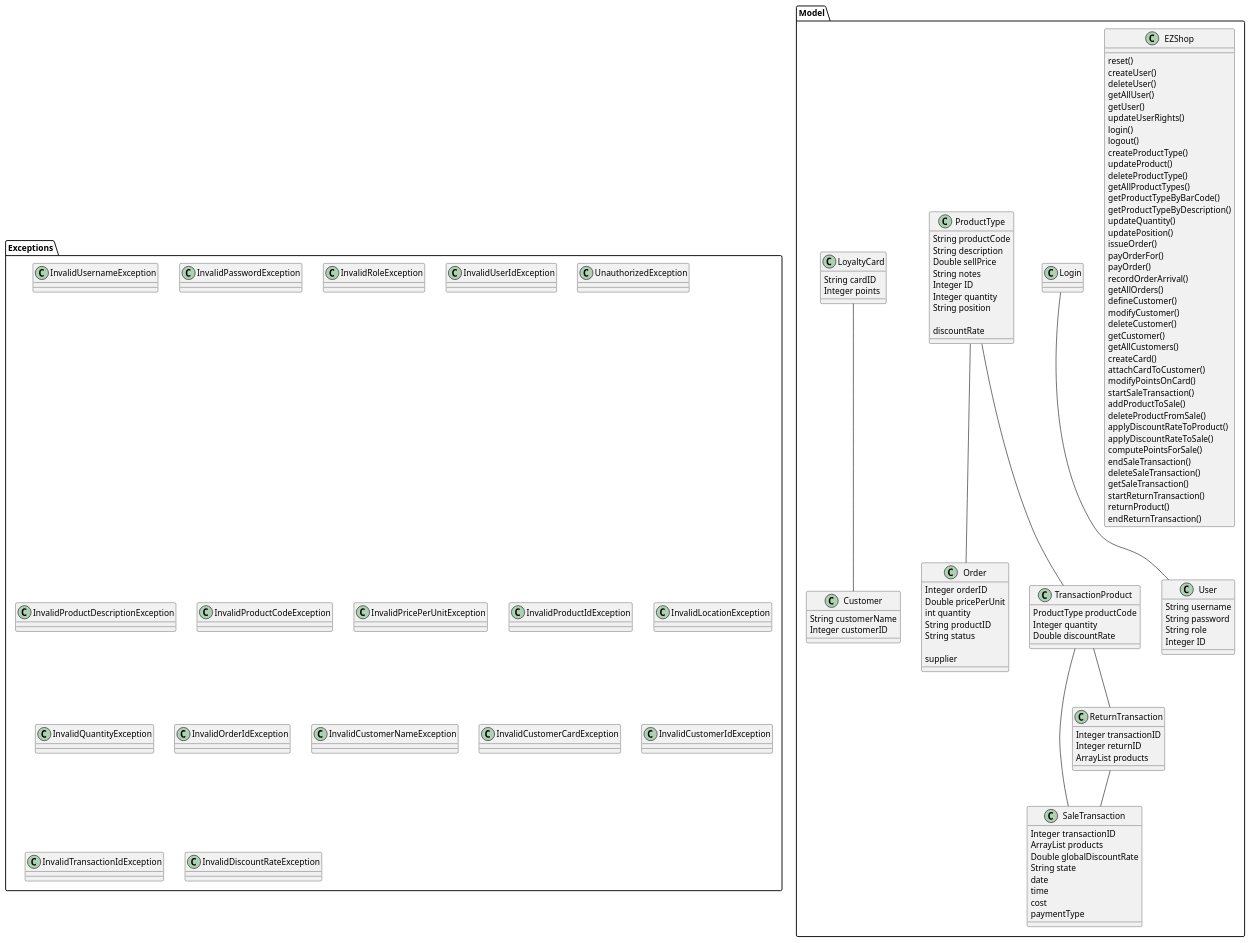
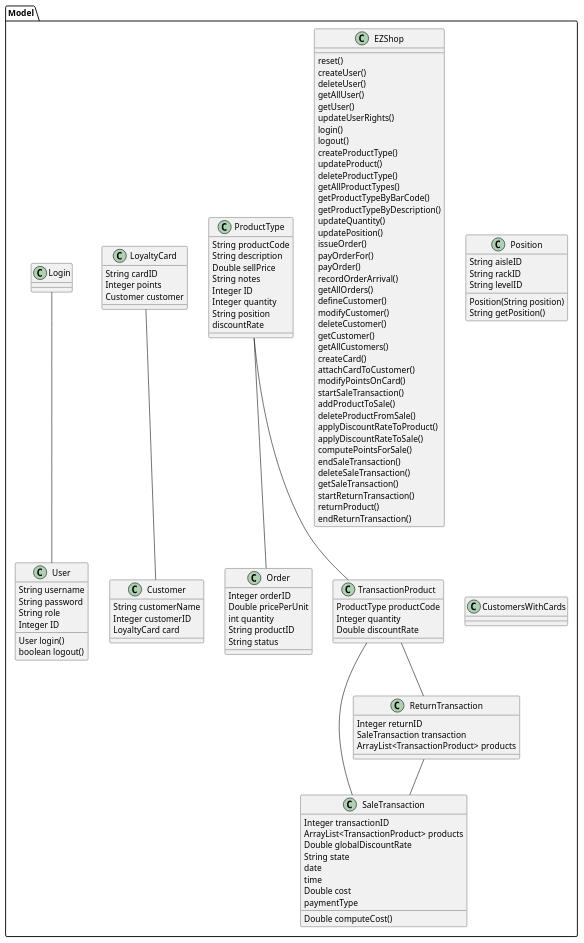
One commit to giuseppesalvi/ezshop changed the first of 2 diagrams in Deliverables/DesignDocument.md. Above: the diagram before and after it, drawn with PlantUML.

Commit message:
Update DesignDocument.md: second version, incomplete

````diff
--- a/Deliverables/DesignDocument.md
+++ b/Deliverables/DesignDocument.md
@@ -76,9 +85,10 @@
     String password
     String role
     Integer ID
+    User login()
+    boolean logout()
 }
 
-Class Login {}
 
 class ProductType{
     String productCode
@@ -88,51 +98,63 @@
     Integer ID
     Integer quantity
     String position
-
     discountRate
 }
 
+class Position{
+    String aisleID
+    String rackID
+    String levelID
+    Position(String position)
+    String getPosition()
+}
 class Order {
     Integer orderID
     Double pricePerUnit
     int quantity
     String productID
     String status
-
-    supplier
 }
 
 class Customer{
     String customerName
     Integer customerID
+    LoyaltyCard card
 }
 
 class LoyaltyCard{
     String cardID
     Integer points
+    Customer customer
+}
+
+class CustomersWithCards{
+
 }
 
 class SaleTransaction {
     Integer transactionID
-    ArrayList products
+    ArrayList<TransactionProduct> products
     Double globalDiscountRate
     String state
     date
     time
-    cost
+    Double cost
     paymentType
-}
 
-class ReturnTransaction{
-    Integer transactionID
-    Integer returnID
-    ArrayList products
+    Double computeCost()
 }
 
 class TransactionProduct{
     ProductType productCode
     Integer quantity
     Double discountRate
+}
+
+class ReturnTransaction{
+    Integer returnID
+    SaleTransaction transaction
+    ArrayList<TransactionProduct> products
 }
 
 Login -- User
@@ -144,29 +166,5 @@
 ReturnTransaction -- SaleTransaction
 }
 
-package Exceptions {
-Class InvalidUsernameException
-Class InvalidPasswordException
-Class InvalidRoleException
-Class InvalidUserIdException
-Class UnauthorizedException
-
-CLass InvalidProductDescriptionException
-Class InvalidProductCodeException
-Class InvalidPricePerUnitException
-Class InvalidProductIdException
-Class InvalidLocationException
-
-Class InvalidQuantityException
-Class InvalidOrderIdException
-
-Class InvalidCustomerNameException
-Class InvalidCustomerCardException
-Class InvalidCustomerIdException
-
-CLass InvalidTransactionIdException
-Class InvalidProductCodeException
-Class InvalidDiscountRateException
-}
 @enduml
 ```
````
